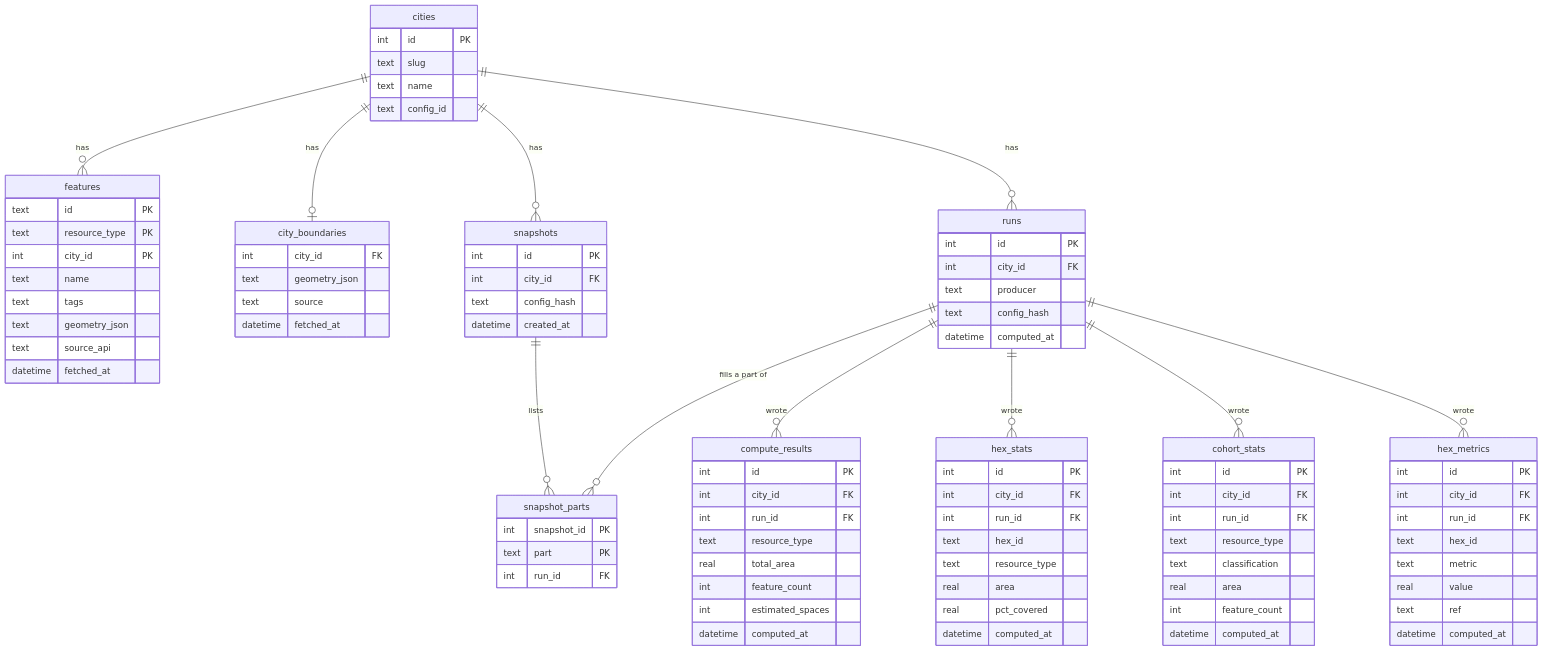
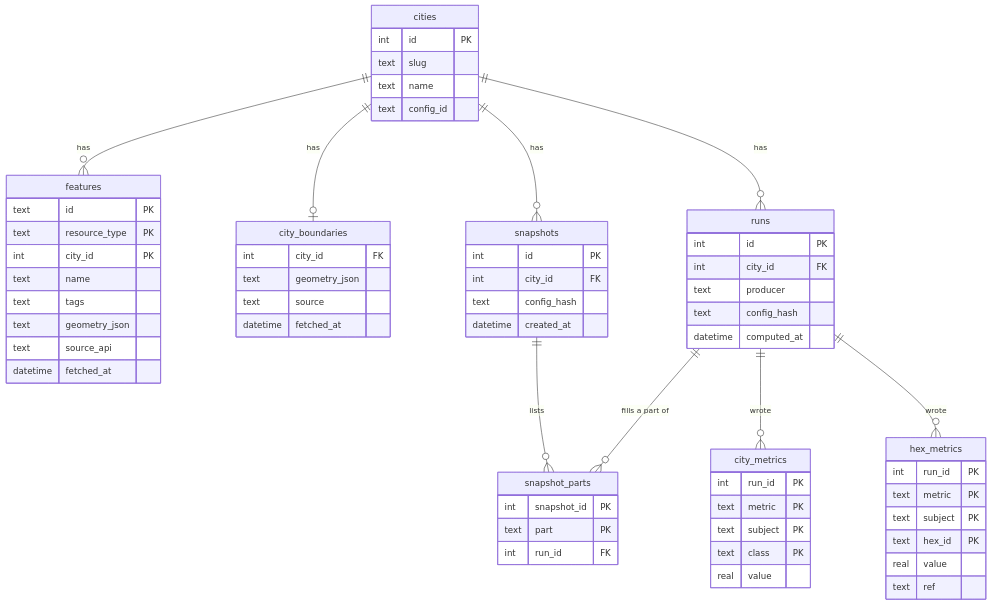
One commit to jcrussell/solvent-streets changed the third of 3 diagrams in docs/architecture.md. Above: the diagram before and after it, drawn with Mermaid. The commit also changed other lines of this file and 7 other files, not shown here.

First line of the commit message:
docs: describe the generic result schema (solvent-streets-0dkz.4)

````diff
--- a/docs/architecture.md
+++ b/docs/architecture.md
@@ -136,9 +150,7 @@
 
     snapshots ||--o{ snapshot_parts : lists
     runs ||--o{ snapshot_parts : "fills a part of"
-    runs ||--o{ compute_results : wrote
-    runs ||--o{ hex_stats : wrote
-    runs ||--o{ cohort_stats : wrote
+    runs ||--o{ city_metrics : wrote
     runs ||--o{ hex_metrics : wrote
 
     cities {
@@ -181,44 +193,19 @@
         text part PK
         int run_id FK
     }
-    compute_results {
-        int id PK
-        int city_id FK
-        int run_id FK
-        text resource_type
-        real total_area
-        int feature_count
-        int estimated_spaces
-        datetime computed_at
-    }
-    hex_stats {
-        int id PK
-        int city_id FK
-        int run_id FK
-        text hex_id
-        text resource_type
-        real area
-        real pct_covered
-        datetime computed_at
-    }
-    cohort_stats {
-        int id PK
-        int city_id FK
-        int run_id FK
-        text resource_type
-        text classification
-        real area
-        int feature_count
-        datetime computed_at
+    city_metrics {
+        int run_id PK
+        text metric PK
+        text subject PK
+        text class PK
+        real value
     }
     hex_metrics {
-        int id PK
-        int city_id FK
-        int run_id FK
-        text hex_id
-        text metric
+        int run_id PK
+        text metric PK
+        text subject PK
+        text hex_id PK
         real value
         text ref
-        datetime computed_at
     }
 ```
````
